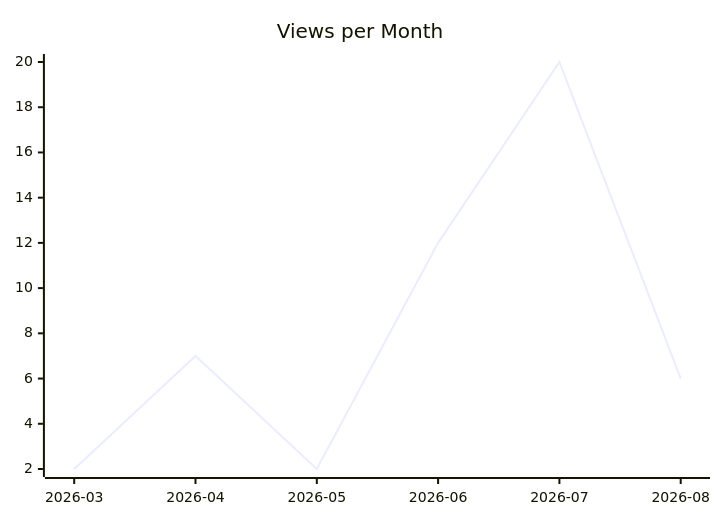
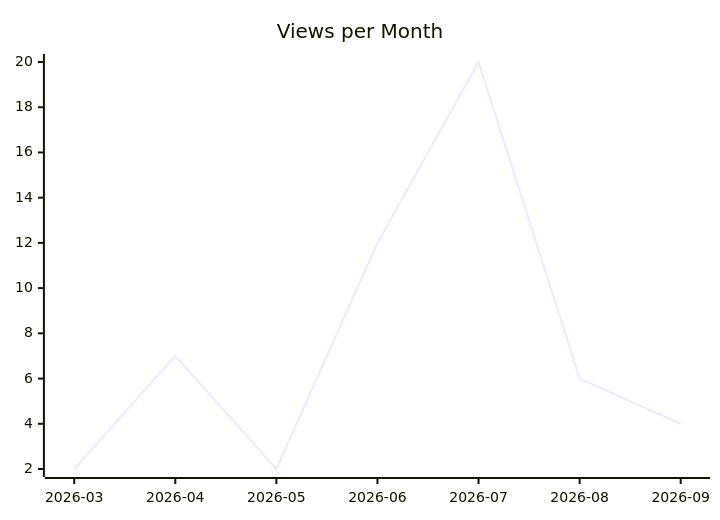
The second of 3 diagrams in karlmdavis/fhir-benchmarks/README.md (justdavis-family/github-analytics-data), drawn with Mermaid before and after one commit. The commit also changed other lines of this file and 191 other files, not shown here.

````diff
--- a/karlmdavis/fhir-benchmarks/README.md
+++ b/karlmdavis/fhir-benchmarks/README.md
@@ -12,6 +12,6 @@
 ```mermaid
 xychart-beta
   title "Views per Month"
-  x-axis ["2026-03", "2026-04", "2026-05", "2026-06", "2026-07", "2026-08"]
-  line [2, 7, 2, 12, 20, 6]
+  x-axis ["2026-03", "2026-04", "2026-05", "2026-06", "2026-07", "2026-08", "2026-09"]
+  line [2, 7, 2, 12, 20, 6, 4]
 ```
````
